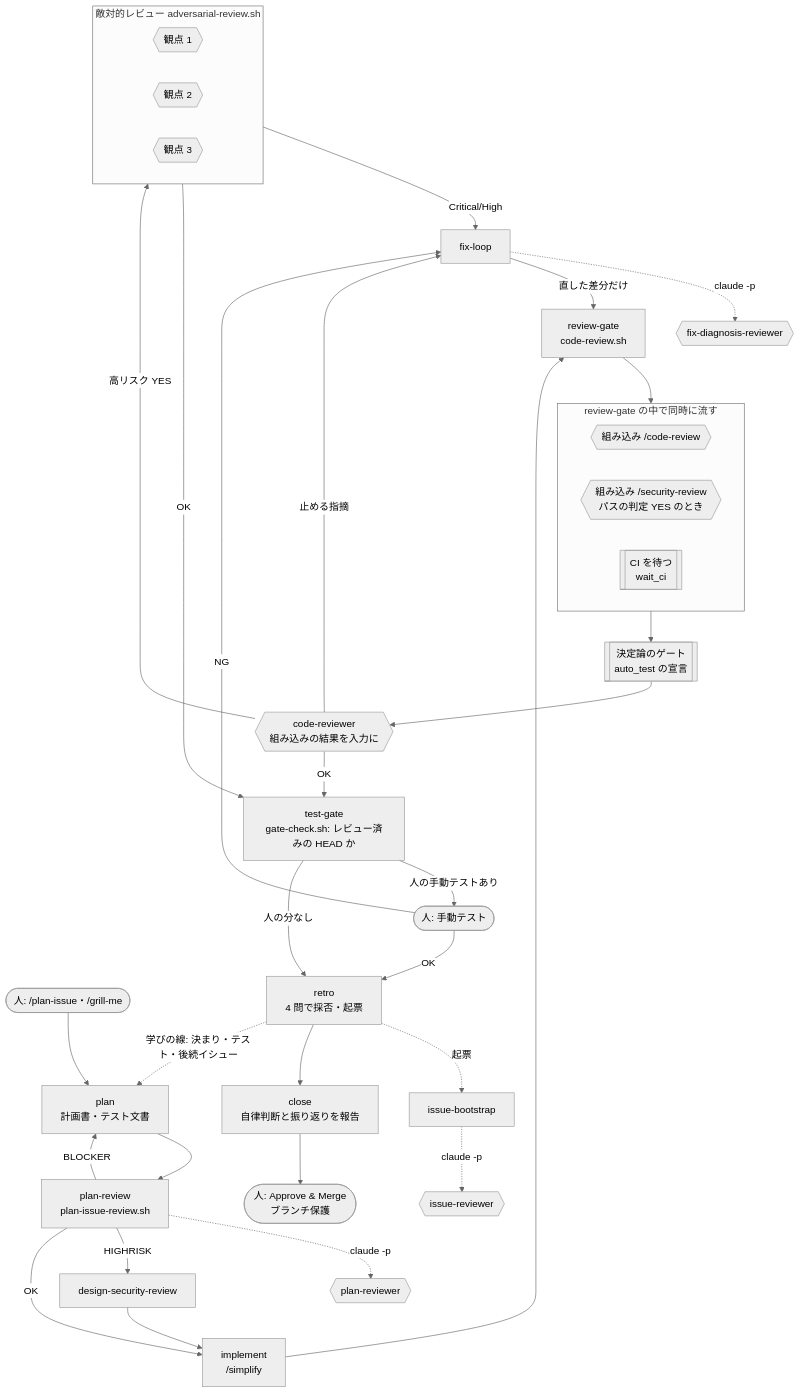
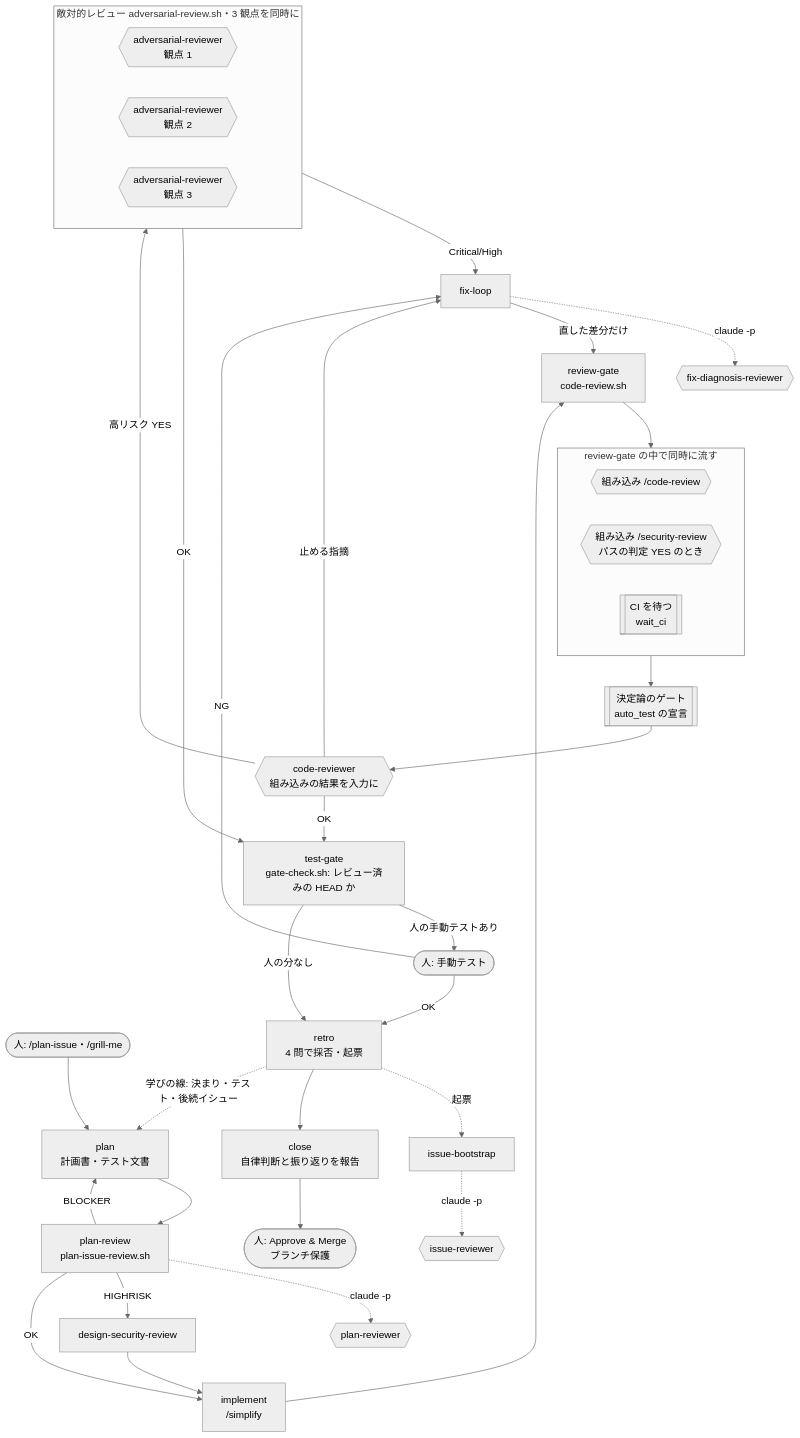
The diagram in docs/proposals/I591_harness_graph_review.md (osushi0404-dev/study-app-multitenant), drawn with Mermaid (neutral theme) before and after one commit. The commit also changed other lines of this file and 3 other files, not shown here.

Commit message:
fix(I591): 資料ごとの公式との対応表を足し、図に adversarial-reviewer を書く（手動テスト M1・M3）

````diff
--- a/docs/proposals/I591_harness_graph_review.md
+++ b/docs/proposals/I591_harness_graph_review.md
@@ -46,40 +68,40 @@
 ```mermaid
 flowchart TD
   U1([人: /plan-issue・/grill-me]) --> PLAN[plan<br/>計画書・テスト文書]
   PLAN --> PR[plan-review<br/>plan-issue-review.sh]
   PR -. claude -p .-> PRV{{plan-reviewer}}
   PR -->|BLOCKER| PLAN
   PR -->|HIGHRISK| DSR[design-security-review]
   PR -->|OK| IMP[implement<br/>/simplify]
   DSR --> IMP
   IMP --> RG[review-gate<br/>code-review.sh]
   subgraph RG_PAR [review-gate の中で同時に流す]
     OCR{{組み込み /code-review}}
     OSR{{組み込み /security-review<br/>パスの判定 YES のとき}}
     CI[[CI を待つ<br/>wait_ci]]
   end
   RG --> RG_PAR
   RG_PAR --> GATES[[決定論のゲート<br/>auto_test の宣言]]
   GATES --> CR{{code-reviewer<br/>組み込みの結果を入力に}}
   CR -->|高リスク YES| ADV
-  subgraph ADV [敵対的レビュー adversarial-review.sh]
-    A1{{観点 1}}
-    A2{{観点 2}}
-    A3{{観点 3}}
+  subgraph ADV [敵対的レビュー adversarial-review.sh・3 観点を同時に]
+    A1{{adversarial-reviewer<br/>観点 1}}
+    A2{{adversarial-reviewer<br/>観点 2}}
+    A3{{adversarial-reviewer<br/>観点 3}}
   end
   CR -->|止める指摘| FL[fix-loop]
   ADV -->|Critical/High| FL
   FL -. claude -p .-> FDR{{fix-diagnosis-reviewer}}
   FL -->|直した差分だけ| RG
   CR -->|OK| TG[test-gate<br/>gate-check.sh: レビュー済みの HEAD か]
   ADV -->|OK| TG
   TG -->|人の手動テストあり| HT([人: 手動テスト])
   HT -->|NG| FL
   HT -->|OK| RETRO[retro<br/>4 問で採否・起票]
   TG -->|人の分なし| RETRO
   RETRO -. 起票 .-> IB[issue-bootstrap]
   IB -. claude -p .-> IR{{issue-reviewer}}
   RETRO --> CLOSE[close<br/>自律判断と振り返りを報告]
   CLOSE --> M([人: Approve & Merge<br/>ブランチ保護])
   RETRO -. 学びの線: 決まり・テスト・後続イシュー .-> PLAN
 ```
````
